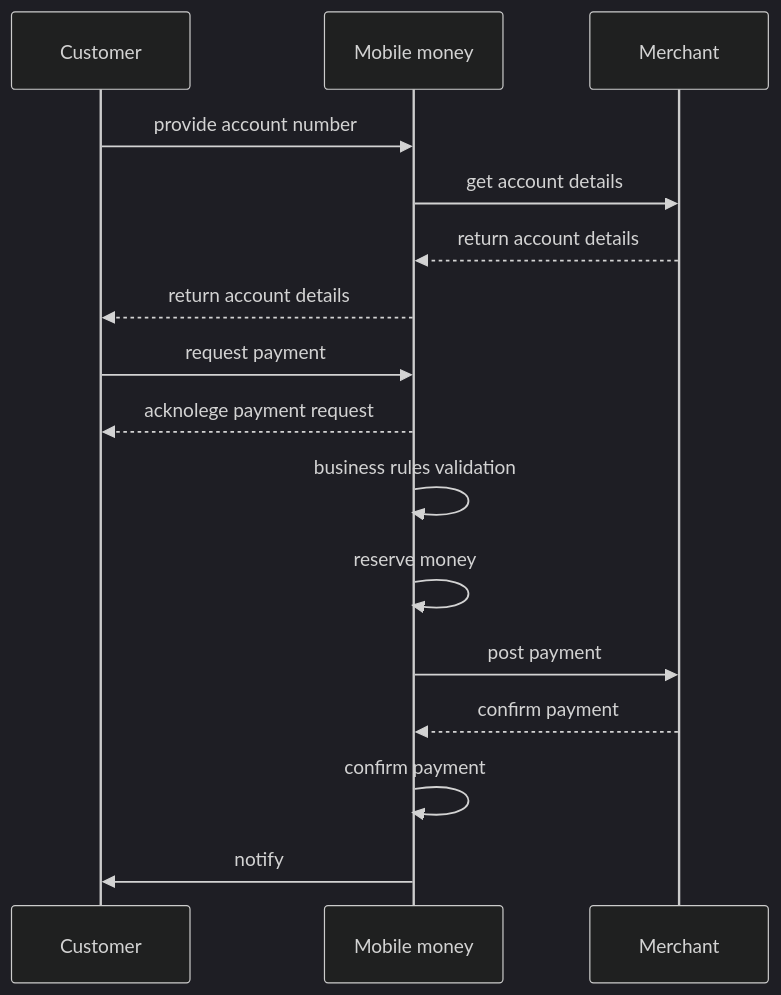
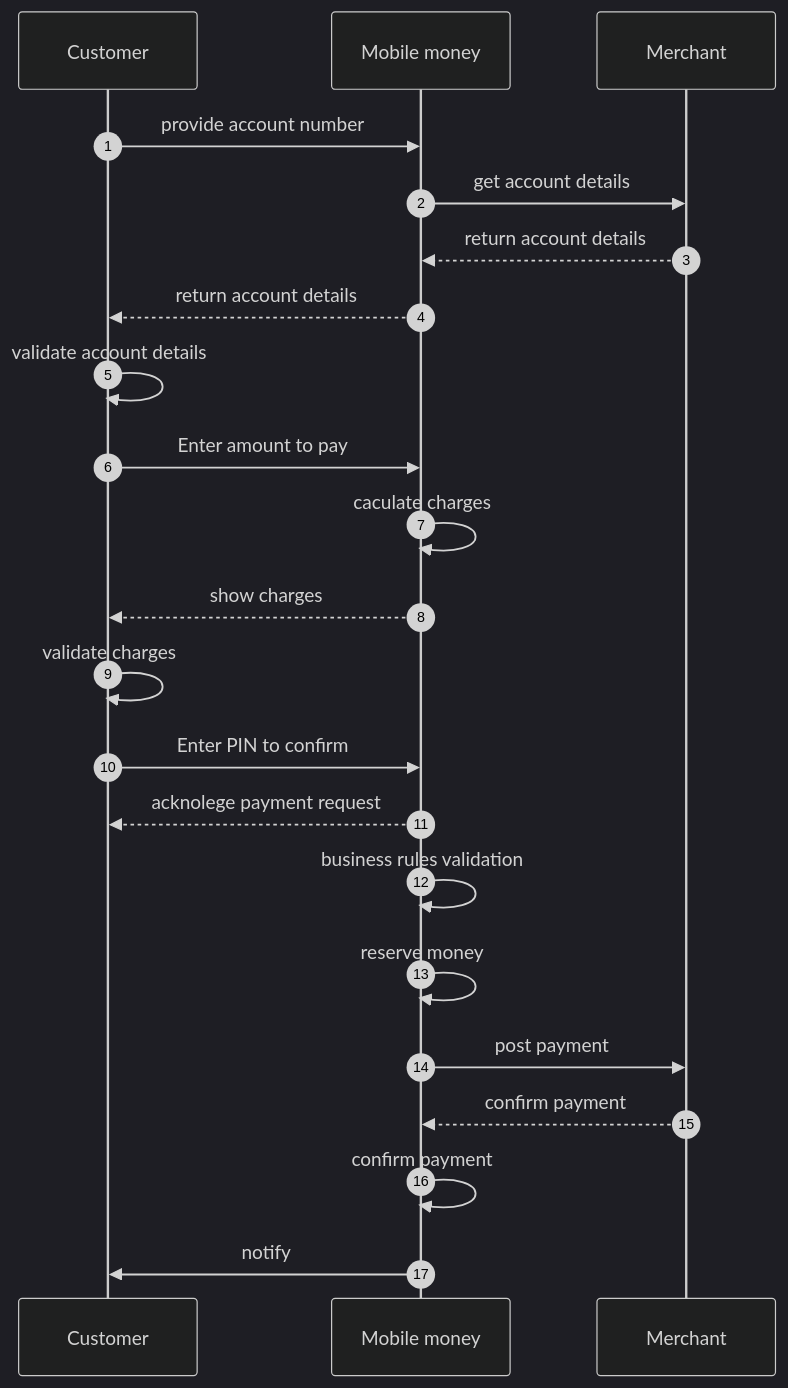
One commit to kiswend/standar_merchant_API changed the diagram in README.MD. Above: the diagram before and after it, drawn with Mermaid (dark theme).

Commit message:
improve use case diagram

````diff
--- a/README.MD
+++ b/README.MD
@@ -140,18 +140,26 @@
 ```mermaid
 sequenceDiagram
+  autonumber
   participant Customer
   participant Mobile money
   participant Merchant
   Customer->>Mobile money: provide account number
   Mobile money->>Merchant: get account details
   Merchant-->>Mobile money: return account details
   Mobile money -->>Customer: return account details
-  Customer ->> Mobile money: request payment
+  Customer ->> Customer: validate account details
+
+  Customer ->> Mobile money: Enter amount to pay
+  Mobile money ->> Mobile money: caculate charges
+  Mobile money -->>Customer: show charges
+  Customer ->> Customer: validate charges
+  
+  Customer ->> Mobile money: Enter PIN to confirm
   Mobile money -->>Customer: acknolege payment request
   Mobile money ->> Mobile money: business rules validation
   Mobile money ->> Mobile money: reserve money
   Mobile money ->> Merchant : post payment
   Merchant -->> Mobile money: confirm payment
   Mobile money ->> Mobile money: confirm payment
   Mobile money ->>Customer: notify
 ```
````
